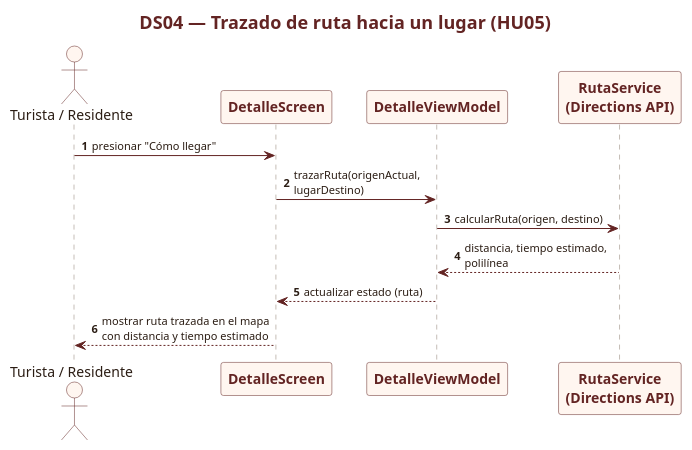
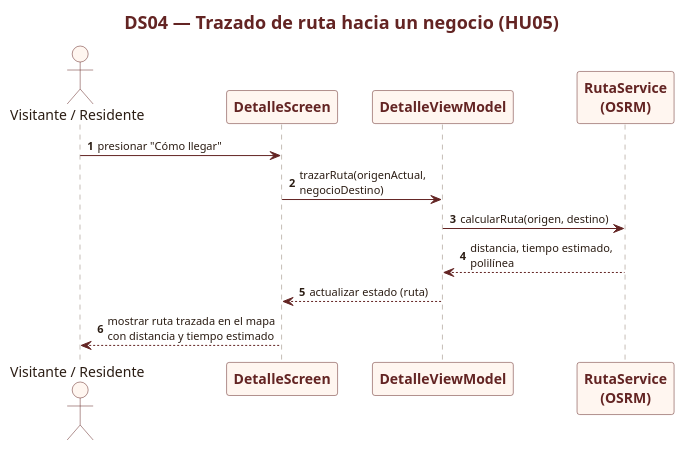
The diagram in diagrams/S1_DS04_Trazado_Ruta.puml (chelingo1994/LuciDan), drawn with PlantUML before and after one commit. The commit also changed 197 other files, not shown here.

```diff
--- a/diagrams/S1_DS04_Trazado_Ruta.puml
+++ b/diagrams/S1_DS04_Trazado_Ruta.puml
@@ -1,49 +1,49 @@
 @startuml
 
 skinparam backgroundColor white
 skinparam shadowing false
 skinparam defaultFontName Arial
 skinparam maxMessageSize 180
 skinparam sequenceArrowThickness 1
 skinparam ArrowColor #632423
 skinparam ArrowFontColor #2B1D14
 skinparam ArrowFontSize 11
 skinparam sequence {
   ActorBorderColor #632423
   ActorBackgroundColor #FFF6F0
   ActorFontColor #2B1D14
   ParticipantBorderColor #632423
   ParticipantBackgroundColor #FFF6F0
   ParticipantFontColor #632423
   ParticipantFontStyle bold
   LifeLineBorderColor #8A7A6C
   LifeLineBackgroundColor #FFF6F0
   BoxBorderColor #632423
   BoxFontColor #632423
   BoxBackgroundColor #FFF9F5
   DividerBorderColor #632423
   DividerBackgroundColor #F2E4DE
   DividerFontColor #632423
 }
 skinparam titleFontColor #632423
 skinparam titleFontSize 18
 skinparam titleFontStyle bold
 skinparam noteBackgroundColor #FFF9E8
 skinparam noteBorderColor #8A7A6C
 
 
-title DS04 — Trazado de ruta hacia un lugar (HU05)
+title DS04 — Trazado de ruta hacia un negocio (HU05)
 autonumber
-actor "Turista / Residente" as U
+actor "Visitante / Residente" as U
 participant "DetalleScreen" as UI
 participant "DetalleViewModel" as VM
-participant "RutaService\n(Directions API)" as RUTA
+participant "RutaService\n(OSRM)" as RUTA
 
 U -> UI : presionar "Cómo llegar"
-UI -> VM : trazarRuta(origenActual, lugarDestino)
+UI -> VM : trazarRuta(origenActual, negocioDestino)
 VM -> RUTA : calcularRuta(origen, destino)
 RUTA --> VM : distancia, tiempo estimado, polilínea
 VM --> UI : actualizar estado (ruta)
 UI --> U : mostrar ruta trazada en el mapa\ncon distancia y tiempo estimado
 
 @enduml
```
